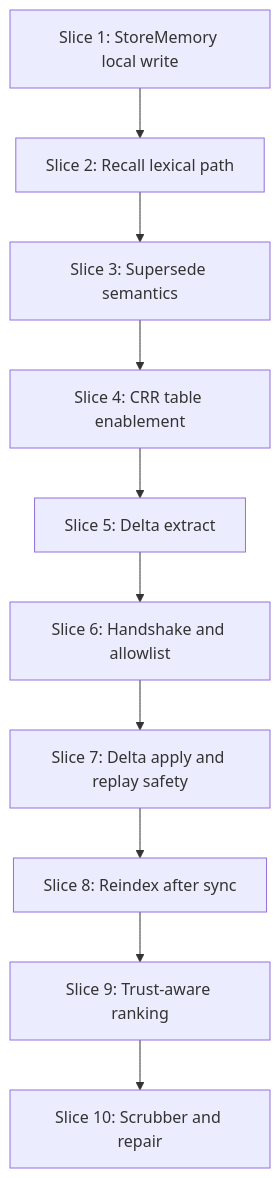
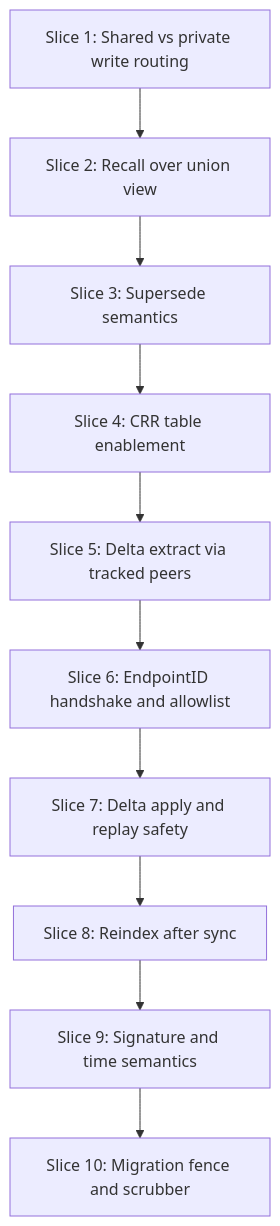
Before and after one commit to Taku315o/crdt-agent-memory: the second of 2 diagrams in docs/architecture/tdd-workflow.md, drawn with Mermaid. The commit also changed other lines of this file and 10 other files, not shown here.

````diff
--- a/docs/architecture/tdd-workflow.md
+++ b/docs/architecture/tdd-workflow.md
@@ -30,15 +30,15 @@
 ```mermaid
 flowchart TB
-    S1[Slice 1: StoreMemory local write]
-    S2[Slice 2: Recall lexical path]
+    S1[Slice 1: Shared vs private write routing]
+    S2[Slice 2: Recall over union view]
     S3[Slice 3: Supersede semantics]
     S4[Slice 4: CRR table enablement]
-    S5[Slice 5: Delta extract]
-    S6[Slice 6: Handshake and allowlist]
+    S5[Slice 5: Delta extract via tracked peers]
+    S6[Slice 6: EndpointID handshake and allowlist]
     S7[Slice 7: Delta apply and replay safety]
     S8[Slice 8: Reindex after sync]
-    S9[Slice 9: Trust-aware ranking]
-    S10[Slice 10: Scrubber and repair]
+    S9[Slice 9: Signature and time semantics]
+    S10[Slice 10: Migration fence and scrubber]
 
     S1 --> S2 --> S3 --> S4 --> S5 --> S6 --> S7 --> S8 --> S9 --> S10
 ```
````
